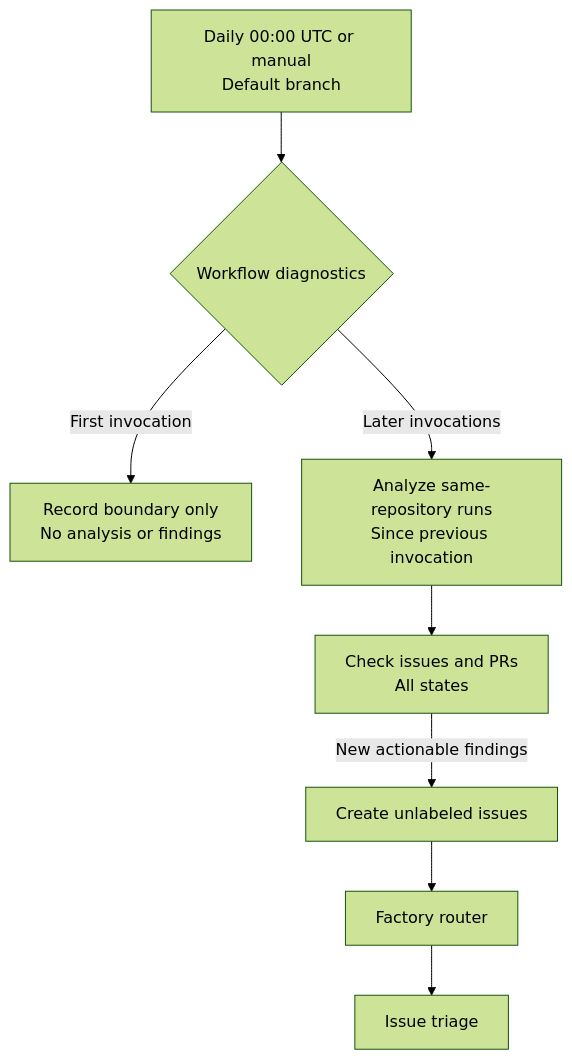
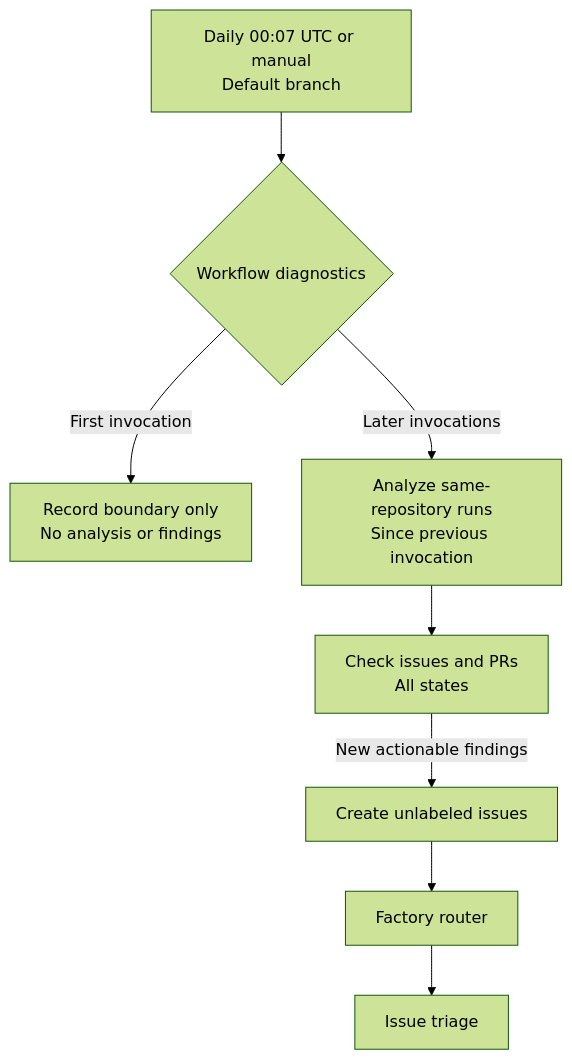
One commit to VasiliyNovikov/Factory changed the second of 4 diagrams in README.md. Above: the diagram before and after it, drawn with Mermaid (forest theme). The commit also changed other lines of this file and 6 other files, not shown here.

````diff
--- a/README.md
+++ b/README.md
@@ -72,9 +72,9 @@
 ```mermaid
 flowchart TD
-    trigger["Daily 00:00 UTC or manual<br/>Default branch"] --> diagnostics{"Workflow diagnostics"}
+    trigger["Daily 00:07 UTC or manual<br/>Default branch"] --> diagnostics{"Workflow diagnostics"}
     diagnostics -->|First invocation| boundary["Record boundary only<br/>No analysis or findings"]
     diagnostics -->|Later invocations| analysis["Analyze same-repository runs<br/>Since previous invocation"]
     analysis --> duplicates["Check issues and PRs<br/>All states"]
     duplicates -->|New actionable findings| issues["Create unlabeled issues"]
     issues --> router["Factory router"] --> triage["Issue triage"]
 ```
````
